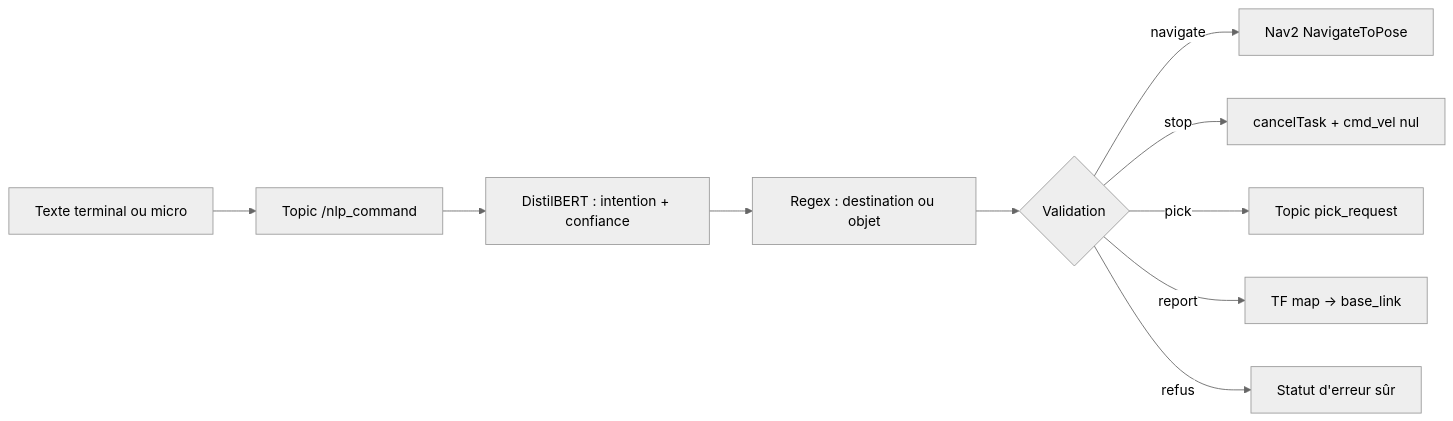
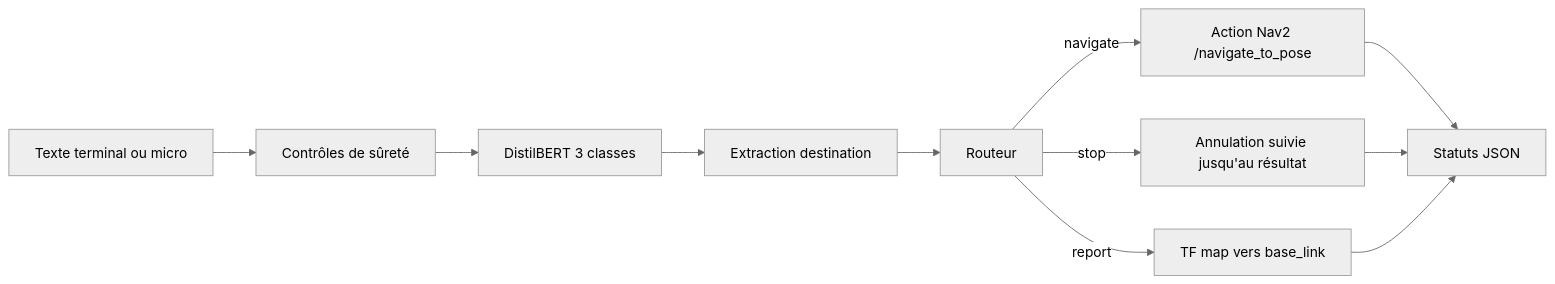
The diagram in README.md (yayaSB/NLP-Robot-Commander), drawn with Mermaid (neutral theme) before and after one commit. The commit also changed other lines of this file and 79 other files, not shown here.

````diff
--- a/README.md
+++ b/README.md
@@ -9,12 +27,13 @@
 ```mermaid
 flowchart LR
-    U["Texte terminal ou micro"] --> T["Topic /nlp_command"]
-    T --> C["DistilBERT : intention + confiance"]
-    C --> E["Regex : destination ou objet"]
-    E --> V{"Validation"}
-    V -->|navigate| N["Nav2 NavigateToPose"]
-    V -->|stop| S["cancelTask + cmd_vel nul"]
-    V -->|pick| P["Topic pick_request"]
-    V -->|report| R["TF map → base_link"]
-    V -->|refus| X["Statut d'erreur sûr"]
+    A[Texte terminal ou micro] --> B[Contrôles de sûreté]
+    B --> C[DistilBERT 3 classes]
+    C --> D[Extraction destination]
+    D --> E[Routeur]
+    E -->|navigate| F[Action Nav2 /navigate_to_pose]
+    E -->|stop| G[Annulation suivie jusqu'au résultat]
+    E -->|report| H[TF map vers base_link]
+    F --> I[Statuts JSON]
+    G --> I
+    H --> I
 ```
````
